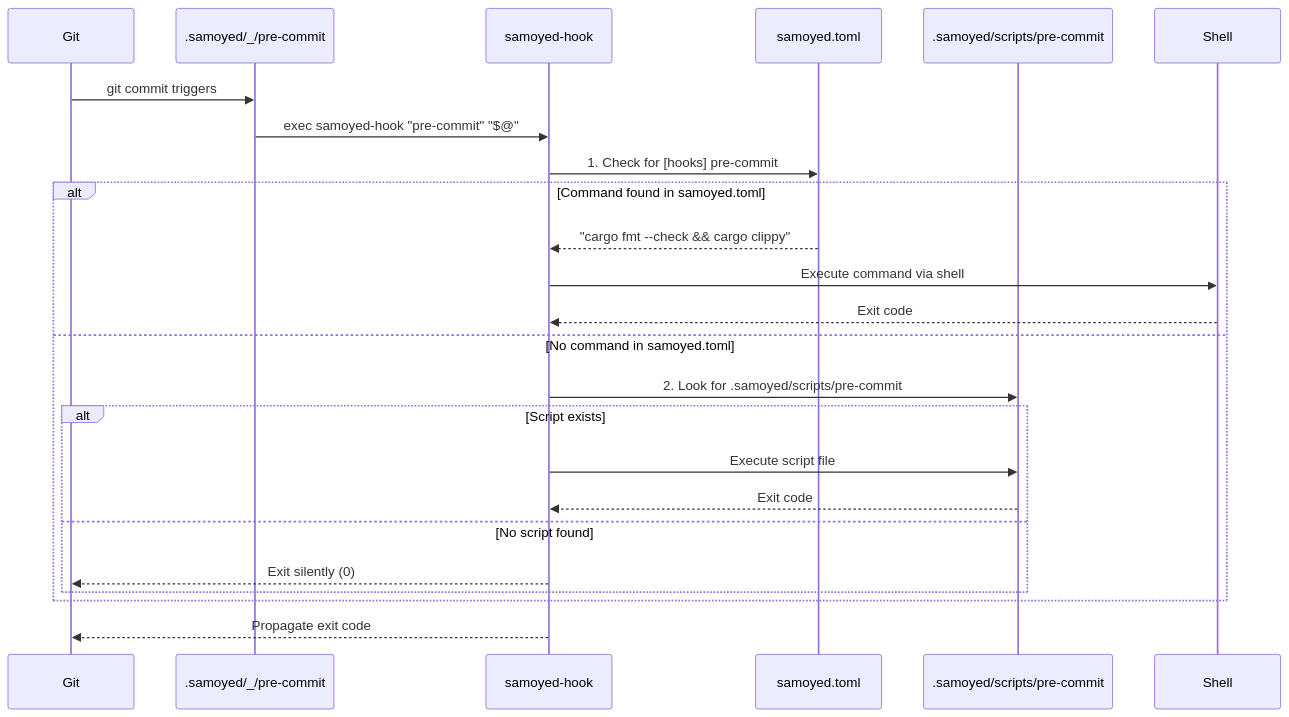
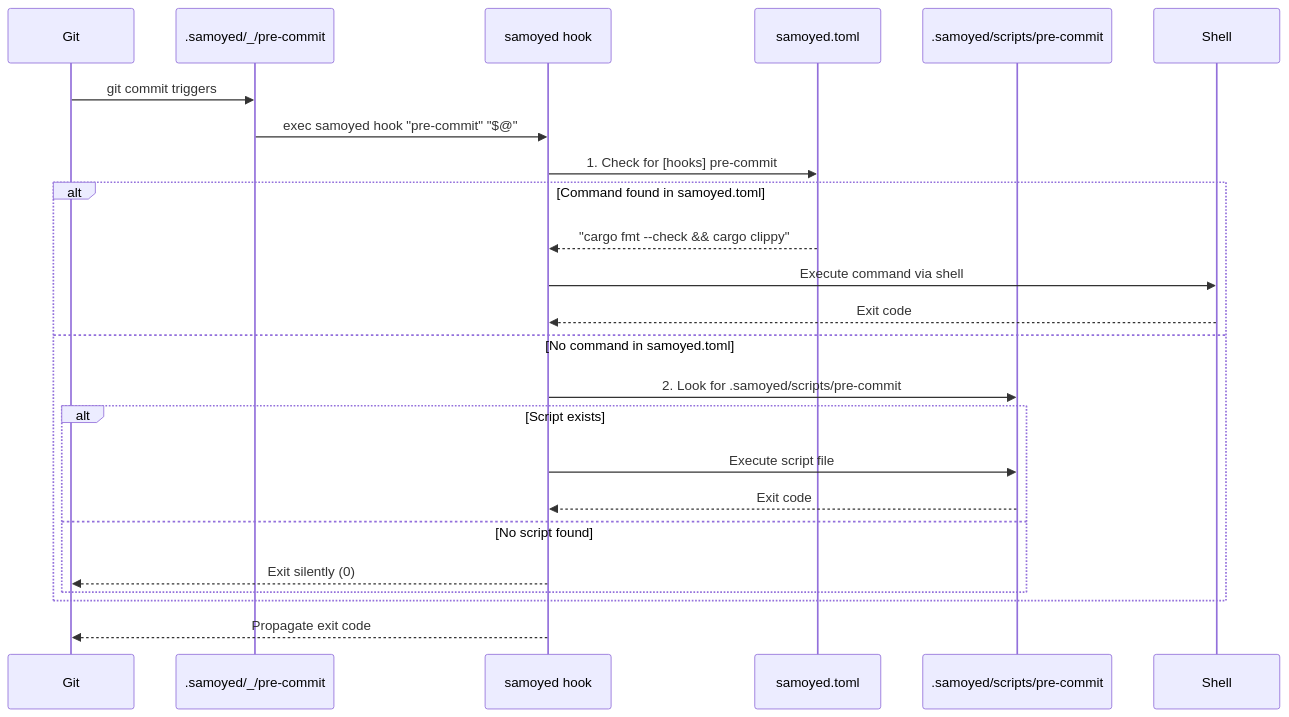
One commit to nutthead/samoyed changed the diagram in README.md. Above: the diagram before and after it, drawn with Mermaid. The commit also changed other lines of this file and 4 other files, not shown here.

First line of the commit message:
docs: update documentation to reflect single binary architecture (#85)

````diff
--- a/README.md
+++ b/README.md
@@ -68,30 +67,30 @@
 ```mermaid
 sequenceDiagram
     participant Git as Git
     participant Hook as .samoyed/_/pre-commit
-    participant Runner as samoyed-hook
+    participant Runner as samoyed hook
     participant Config as samoyed.toml
     participant Script as .samoyed/scripts/pre-commit
     participant Shell as Shell
 
     Git->>Hook: git commit triggers
-    Hook->>Runner: exec samoyed-hook "pre-commit" "$@"
+    Hook->>Runner: exec samoyed hook "pre-commit" "$@"
 
     Runner->>Config: 1. Check for [hooks] pre-commit
 
     alt Command found in samoyed.toml
         Config-->>Runner: "cargo fmt --check && cargo clippy"
         Runner->>Shell: Execute command via shell
         Shell-->>Runner: Exit code
     else No command in samoyed.toml
         Runner->>Script: 2. Look for .samoyed/scripts/pre-commit
         alt Script exists
             Runner->>Script: Execute script file
             Script-->>Runner: Exit code
         else No script found
             Runner-->>Git: Exit silently (0)
         end
     end
 
     Runner-->>Git: Propagate exit code
 ```
````
